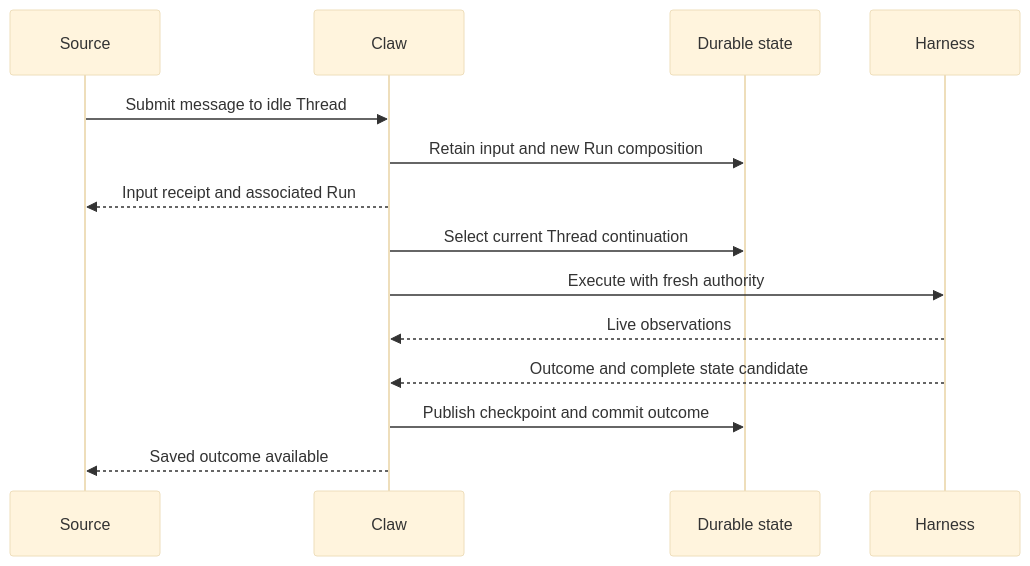
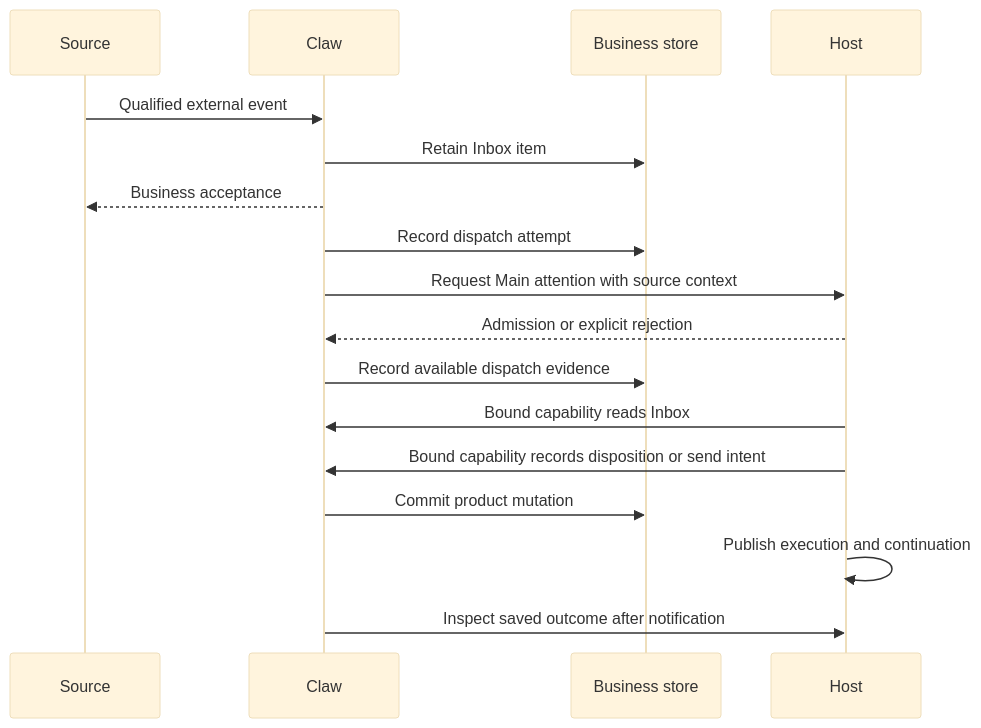
One commit to Wh1isper/a13n-claw changed the diagram in spec/03-execution-lifecycle.md. Above: the diagram before and after it, drawn with Mermaid (base theme). The commit also changed other lines of this file and 16 other files, not shown here.

First line of the commit message:
docs(spec): define Claw as an embedded Harness UI product (#32)

````diff
--- a/spec/03-execution-lifecycle.md
+++ b/spec/03-execution-lifecycle.md
@@ -62,16 +34,19 @@
 ```mermaid
 sequenceDiagram
     participant Source
     participant Claw
-    participant State as Durable state
-    participant Harness
-    Source->>Claw: Submit message to idle Thread
-    Claw->>State: Retain input and new Run composition
-    Claw-->>Source: Input receipt and associated Run
-    Claw->>State: Select current Thread continuation
-    Claw->>Harness: Execute with fresh authority
-    Harness-->>Claw: Live observations
-    Harness-->>Claw: Outcome and complete state candidate
-    Claw->>State: Publish checkpoint and commit outcome
-    Claw-->>Source: Saved outcome available
+    participant Business as Business store
+    participant Host
+    Source->>Claw: Qualified external event
+    Claw->>Business: Retain Inbox item
+    Claw-->>Source: Business acceptance
+    Claw->>Business: Record dispatch attempt
+    Claw->>Host: Request Main attention with source context
+    Host-->>Claw: Admission or explicit rejection
+    Claw->>Business: Record available dispatch evidence
+    Host->>Claw: Bound capability reads Inbox
+    Host->>Claw: Bound capability records disposition or send intent
+    Claw->>Business: Commit product mutation
+    Host->>Host: Publish execution and continuation
+    Claw->>Host: Inspect saved outcome after notification
 ```
````
